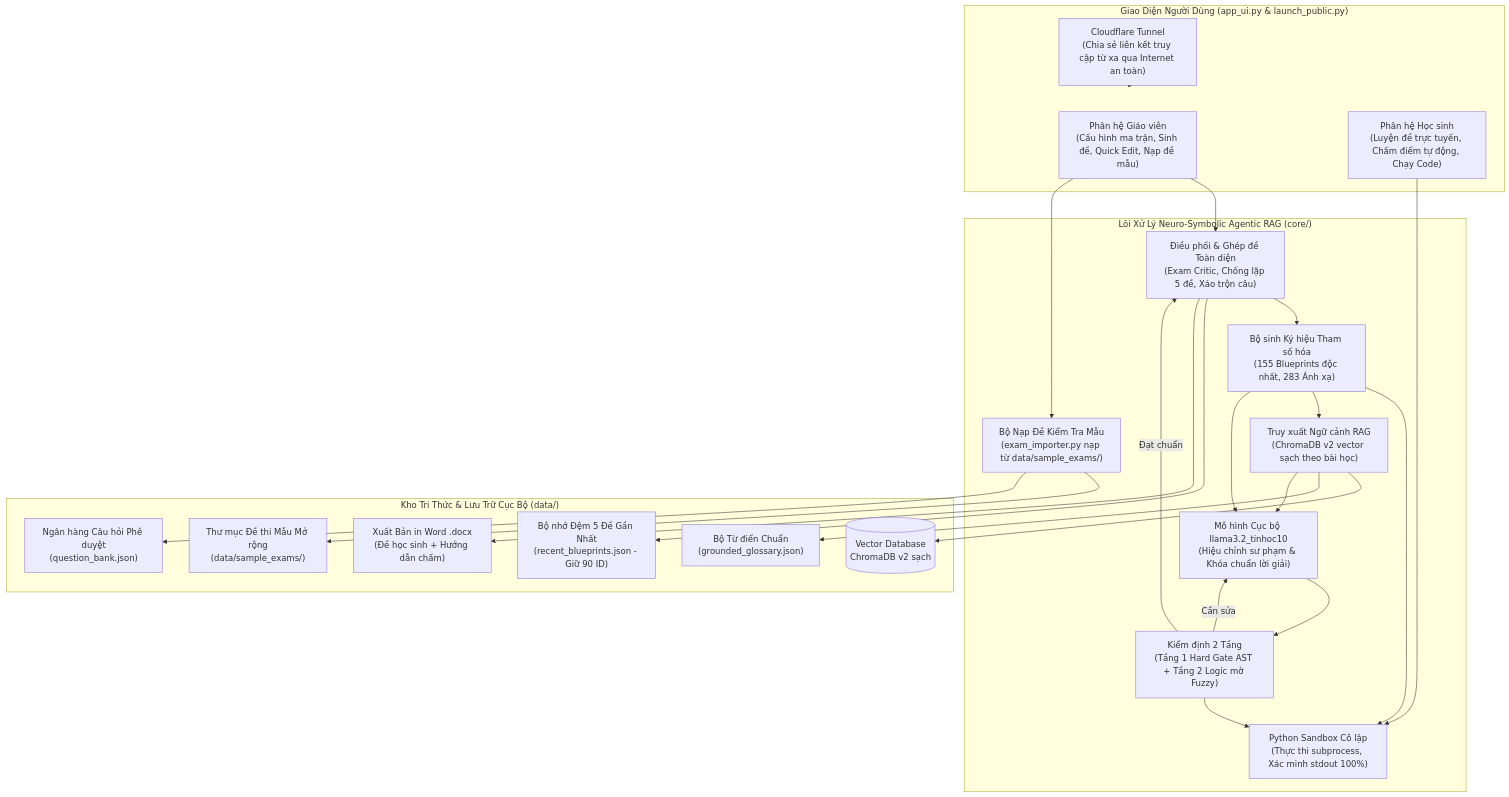
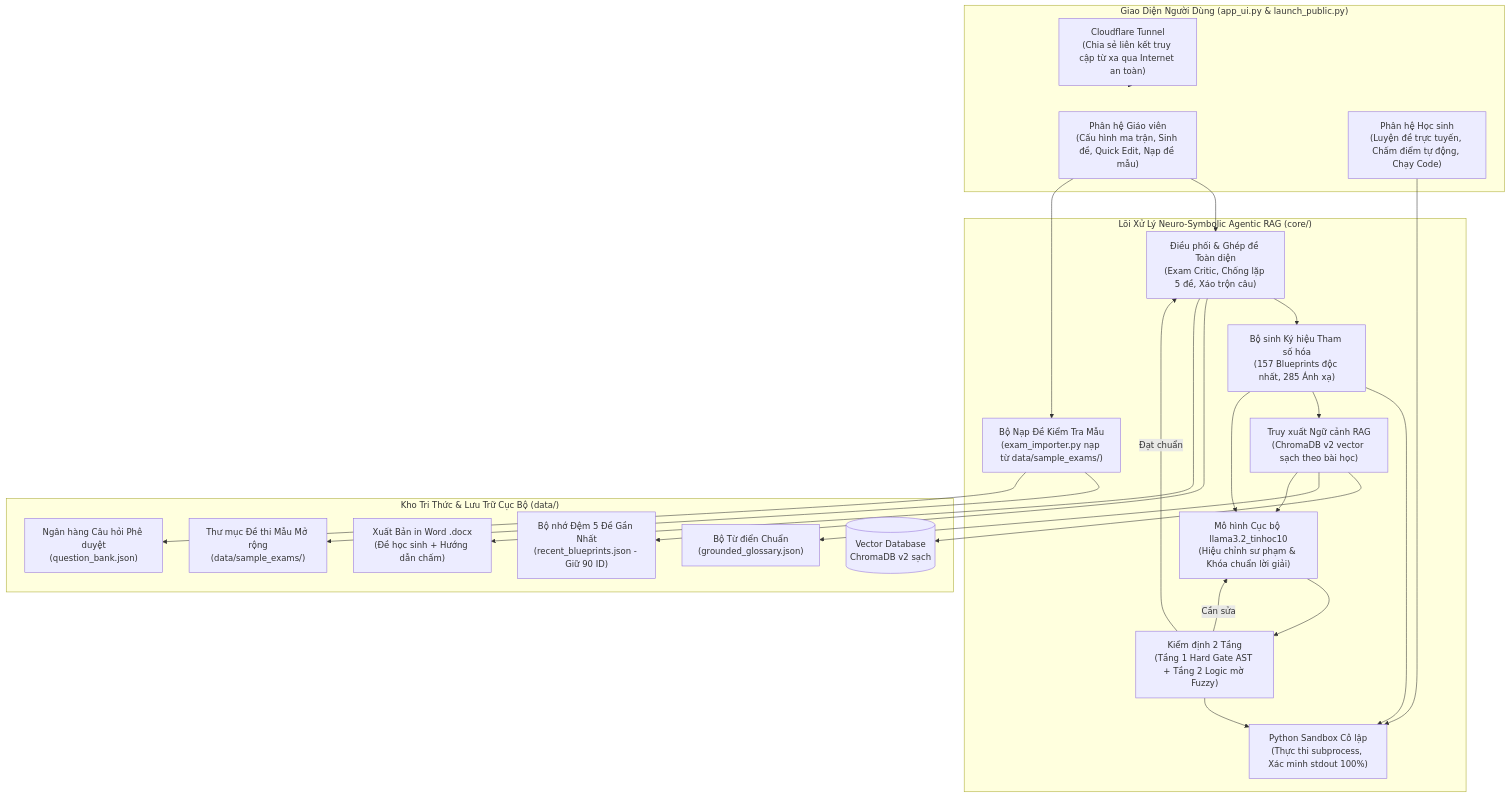
The diagram in README.md (TrAn-MInh-NhAt/NCKH_A.I_Sinhde_Auto), drawn with Mermaid before and after one commit. The commit also changed other lines of this file and 5 other files, not shown here.

Commit message:
Phát hành phiên bản v3.0.0: Hoàn thiện 157 Blueprints, chuẩn hóa Rubric 9 tiêu chí, NLc và giải phóng VRAM tức thì

````diff
--- a/README.md
+++ b/README.md
@@ -33,46 +33,46 @@
 ```mermaid
 flowchart TD
     subgraph UI ["Giao Diện Người Dùng (app_ui.py & launch_public.py)"]
         GV["Phân hệ Giáo viên\n(Cấu hình ma trận, Sinh đề, Quick Edit, Nạp đề mẫu)"]
         HS["Phân hệ Học sinh\n(Luyện đề trực tuyến, Chấm điểm tự động, Chạy Code)"]
         CFT["Cloudflare Tunnel\n(Chia sẻ liên kết truy cập từ xa qua Internet an toàn)"]
     end
 
     subgraph Core ["Lõi Xử Lý Neuro-Symbolic Agentic RAG (core/)"]
-        SE["Bộ sinh Ký hiệu Tham số hóa\n(155 Blueprints độc nhất, 283 Ánh xạ)"]
+        SE["Bộ sinh Ký hiệu Tham số hóa\n(157 Blueprints độc nhất, 285 Ánh xạ)"]
         SB["Python Sandbox Cô lập\n(Thực thi subprocess, Xác minh stdout 100%)"]
         RET["Truy xuất Ngữ cảnh RAG\n(ChromaDB v2 vector sạch theo bài học)"]
         LLM["Mô hình Cục bộ llama3.2_tinhoc10\n(Hiệu chỉnh sư phạm & Khóa chuẩn lời giải)"]
         VAL["Kiểm định 2 Tầng\n(Tầng 1 Hard Gate AST + Tầng 2 Logic mờ Fuzzy)"]
         ASM["Điều phối & Ghép đề Toàn diện\n(Exam Critic, Chống lặp 5 đề, Xáo trộn câu)"]
         IMP["Bộ Nạp Đề Kiểm Tra Mẫu\n(exam_importer.py nạp từ data/sample_exams/)"]
     end
 
     subgraph Data ["Kho Tri Thức & Lưu Trữ Cục Bộ (data/)"]
         VDB[("Vector Database\nChromaDB v2 sạch")]
         GLO["Bộ Từ điển Chuẩn\n(grounded_glossary.json)"]
         REC["Bộ nhớ Đệm 5 Đề Gần Nhất\n(recent_blueprints.json - Giữ 90 ID)"]
         BANK["Ngân hàng Câu hỏi Phê duyệt\n(question_bank.json)"]
         SAMPLE["Thư mục Đề thi Mẫu Mở rộng\n(data/sample_exams/)"]
         EXP["Xuất Bản in Word .docx\n(Đề học sinh + Hướng dẫn chấm)"]
     end
 
     CFT --> UI
     GV --> ASM
     GV --> IMP
     IMP --> SAMPLE
     IMP --> BANK
     ASM --> SE
     SE --> SB
     SE --> RET
     RET --> VDB
     RET --> GLO
     SE & RET --> LLM
     LLM --> VAL
     VAL --> SB
     VAL -->|Đạt chuẩn| ASM
     VAL -->|Cần sửa| LLM
     ASM --> REC
     ASM --> EXP
     HS --> SB
 ```
````
